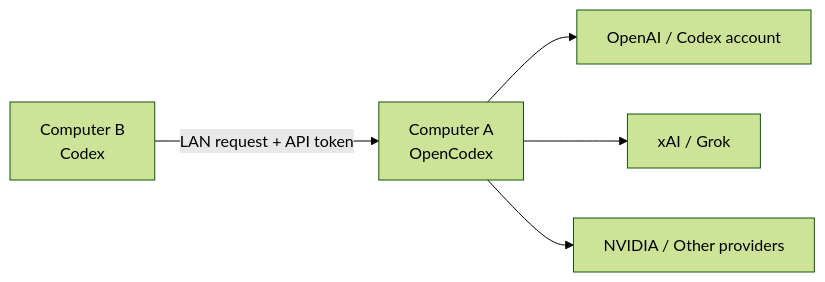
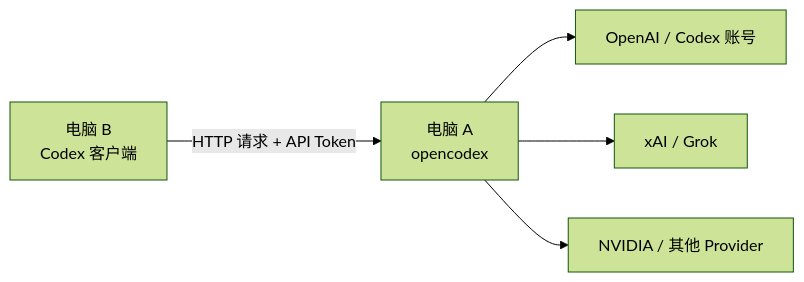
Before and after one commit to JohnchenNNNian/opencodex-lan-codex-guide: the diagram in README.md, drawn with Mermaid (forest theme). The commit also changed other lines of this file, not shown here.

Commit message:
Expand README into complete LAN guide

````diff
--- a/README.md
+++ b/README.md
@@ -7,7 +53,7 @@
 ```mermaid
 flowchart LR
-    B["Computer B<br/>Codex"] -->|"LAN request + API token"| A["Computer A<br/>OpenCodex"]
-    A --> O["OpenAI / Codex account"]
+    B["电脑 B<br/>Codex 客户端"] -->|HTTP 请求 + API Token| A["电脑 A<br/>opencodex"]
+    A --> O["OpenAI / Codex 账号"]
     A --> X["xAI / Grok"]
-    A --> N["NVIDIA / Other providers"]
+    A --> N["NVIDIA / 其他 Provider"]
 ```
````
